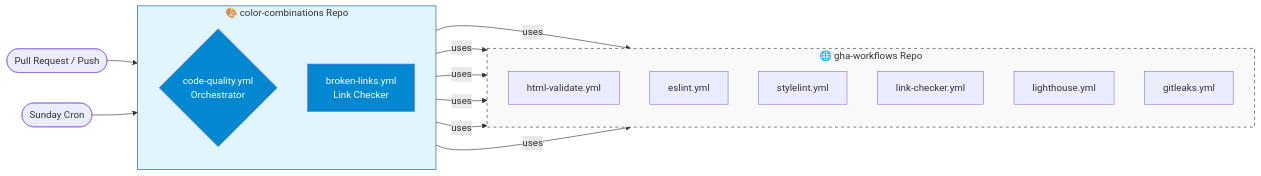
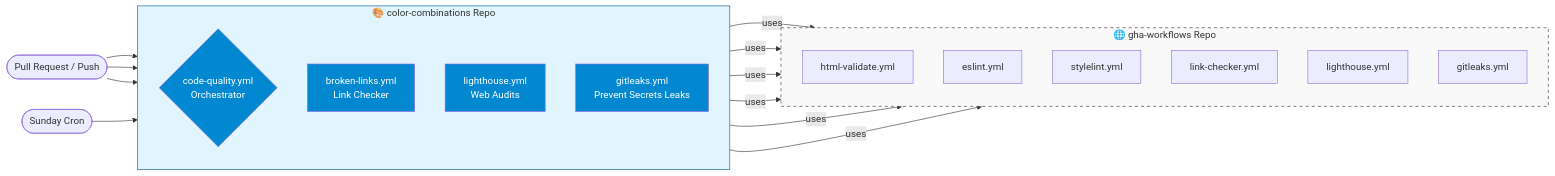
The diagram in DEVELOPMENT.md (groda/color-combinations), drawn with Mermaid before and after one commit. The commit also changed other lines of this file, not shown here.

Commit message:
Enhance Orchestrator Pattern documentation
Updated the Orchestrator Pattern section with a new diagram and clarified the hub-and-spoke model.

````diff
--- a/DEVELOPMENT.md
+++ b/DEVELOPMENT.md
@@ -25,32 +26,38 @@
 ```mermaid
 graph LR
     subgraph Central_Library [🌐 gha-workflows Repo]
         direction TB
         L1[html-validate.yml]
         L2[eslint.yml]
         L3[stylelint.yml]
         L4[link-checker.yml]
         L5[lighthouse.yml]
         L6[gitleaks.yml]
     end
 
     subgraph Project_Repo [🎨 color-combinations Repo]
         direction TB
         O1{code-quality.yml <br/> Orchestrator}
         O2[broken-links.yml <br/> Link Checker]
+        O3[lighthouse.yml <br/> Web Audits]
+        O4[gitleaks.yml <br/> Prevent Secrets Leaks]
         O1 -->|uses| L1
         O1 -->|uses| L2
         O1 -->|uses| L3
-        O1 -->|uses| L5
-        O1 -->|uses| L6
         O2 -->|uses| L4
+        O3 -->|uses| L5
+        O4 -->|uses| L6
     end
 
     TriggerPR([Pull Request / Push]) --> O1
+    TriggerPR([Pull Request / Push]) --> O3
+    TriggerPR([Pull Request / Push]) --> O4
     TriggerCron([Sunday Cron]) --> O2
 
     style Central_Library fill:#f9f9f9,stroke:#333,stroke-dasharray: 5 5
     style Project_Repo fill:#e1f5fe,stroke:#01579b
     style O1 fill:#0288d1,color:#fff
     style O2 fill:#0288d1,color:#fff
+    style O3 fill:#0288d1,color:#fff
+    style O4 fill:#0288d1,color:#fff
 ```
````
